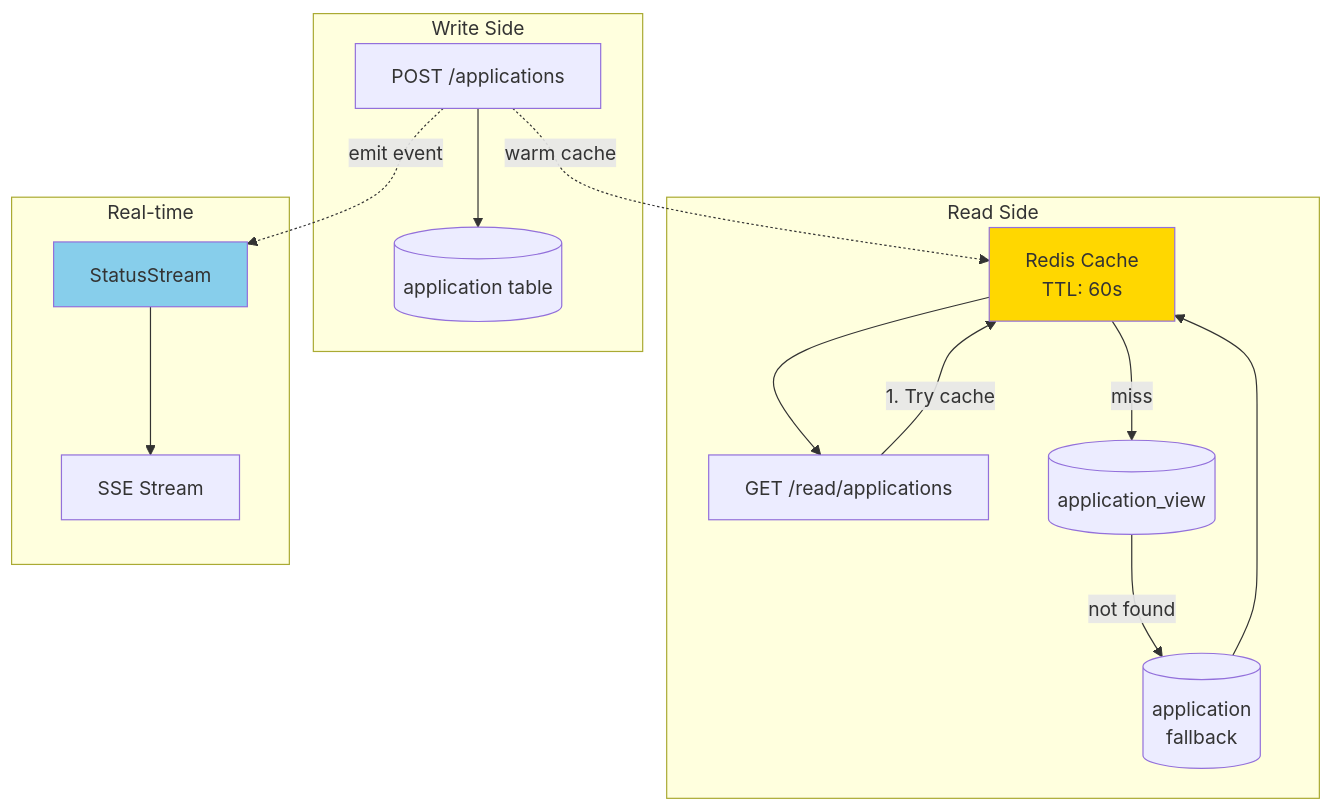
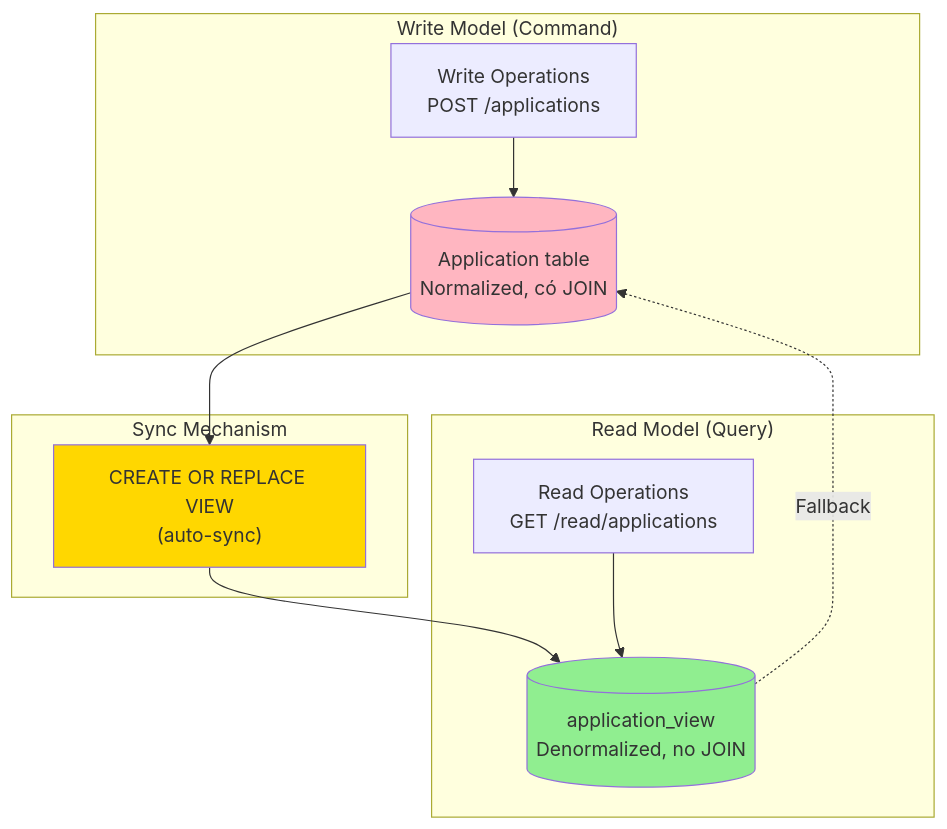
Before and after one commit to huytu0702/university_admission_portal: diagram 12 of 14 in backend/docs/SYSTEM_FLOW_AFTER_PATTERNS.md, drawn with Mermaid. The commit also changed other lines of this file, not shown here.

````diff
--- a/backend/docs/SYSTEM_FLOW_AFTER_PATTERNS.md
+++ b/backend/docs/SYSTEM_FLOW_AFTER_PATTERNS.md
@@ -1576,34 +1706,26 @@
 ```mermaid
 graph TB
-    subgraph "Write Side"
-        Write[POST /applications]
-        WriteDB[(application table)]
+    subgraph "Write Model (Command)"
+        Write[Write Operations<br/>POST /applications]
+        WriteDB[("Application" table<br/>Normalized, có JOIN)]
     end
     
-    subgraph "Read Side"
-        Read[GET /read/applications]
-        Cache[Redis Cache<br/>TTL: 60s]
-        ReadDB[(application_view)]
-        SourceDB[(application<br/>fallback)]
+    subgraph "Read Model (Query)"
+        Read[Read Operations<br/>GET /read/applications]
+        ReadView[("application_view"<br/>Denormalized, no JOIN)]
     end
     
-    subgraph "Real-time"
-        SSE[SSE Stream]
-        Stream[StatusStream]
+    subgraph "Sync Mechanism"
+        ViewSync["CREATE OR REPLACE VIEW<br/>(auto-sync)"]
     end
     
     Write --> WriteDB
-    Write -.->|warm cache| Cache
+    WriteDB --> ViewSync
+    ViewSync --> ReadView
+    Read --> ReadView
+    ReadView -.->|Fallback| WriteDB
     
-    Read -->|1. Try cache| Cache
-    Cache -->|miss| ReadDB
-    ReadDB -->|not found| SourceDB
-    SourceDB --> Cache
-    Cache --> Read
-    
-    Write -.->|emit event| Stream
-    Stream --> SSE
-    
-    style Cache fill:#FFD700
-    style Stream fill:#87CEEB
+    style WriteDB fill:#FFB6C1
+    style ReadView fill:#90EE90
+    style ViewSync fill:#FFD700
 ```
````
